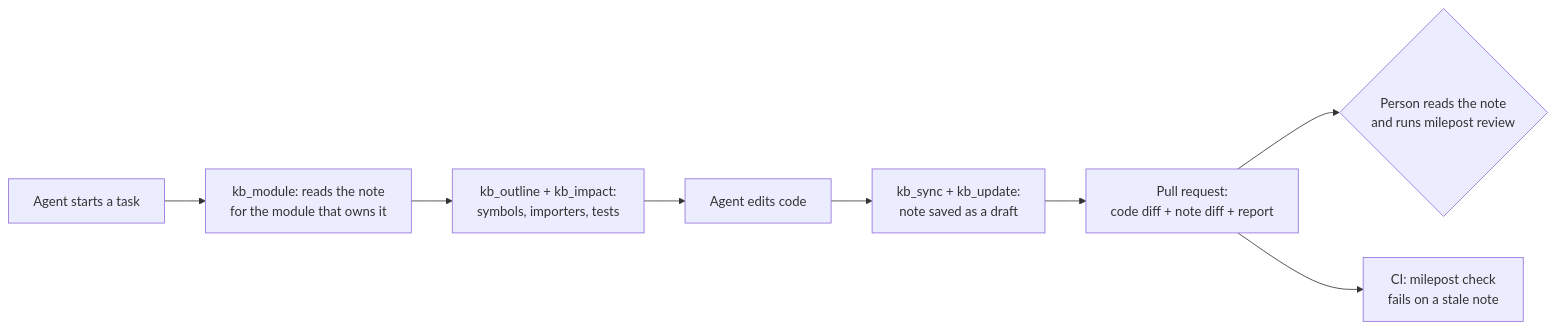
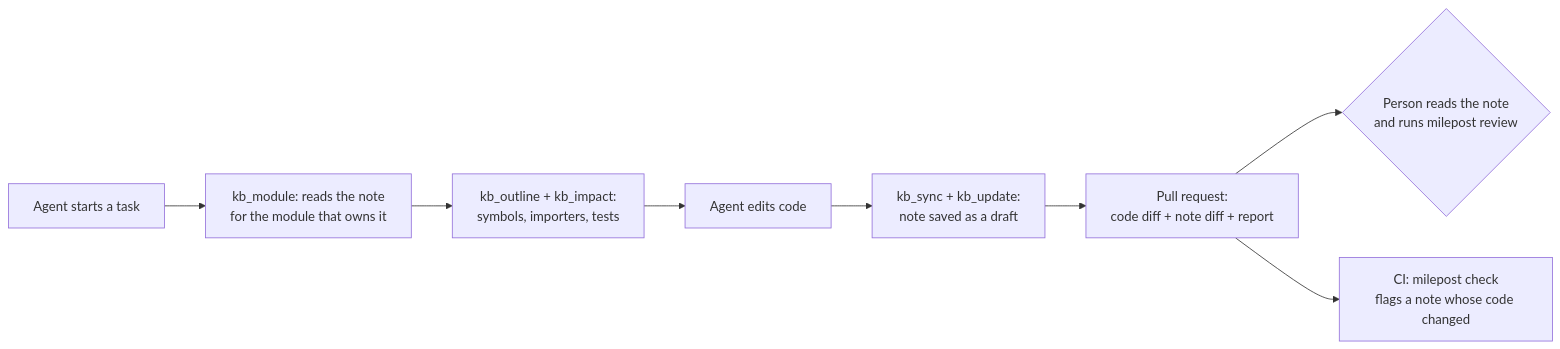
Before and after one commit to vibhu-athavaria/milepost: the diagram in README.md, drawn with Mermaid. The commit also changed other lines of this file and 2 other files, not shown here.

````diff
--- a/README.md
+++ b/README.md
@@ -48,10 +79,10 @@
 ```mermaid
 flowchart LR
     A[Agent starts a task] --> B["kb_module: reads the note<br/>for the module that owns it"]
     B --> C["kb_outline + kb_impact:<br/>symbols, importers, tests"]
     C --> D[Agent edits code]
     D --> E["kb_sync + kb_update:<br/>note saved as a draft"]
     E --> F["Pull request:<br/>code diff + note diff + report"]
     F --> G{"Person reads the note<br/>and runs milepost review"}
-    F --> H["CI: milepost check<br/>fails on a stale note"]
+    F --> H["CI: milepost check<br/>flags a note whose code changed"]
 ```
````
